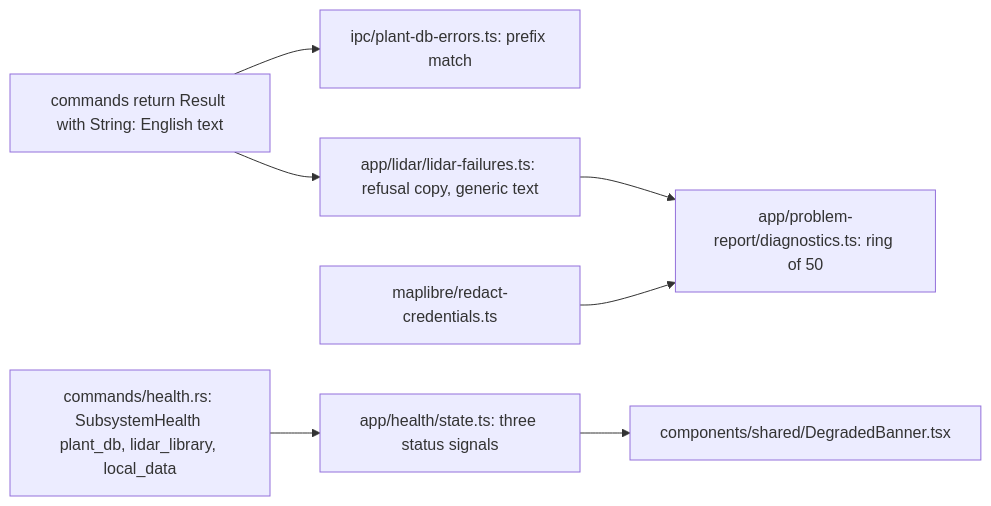
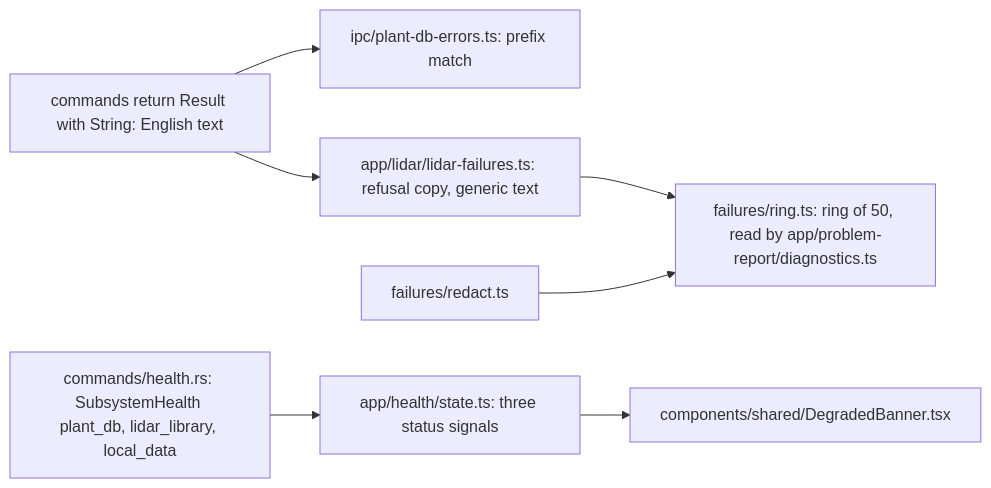
Before and after one commit to opencanopi/canopi: the ninth of 10 diagrams in docs/architecture/data-services.md, drawn with Mermaid. The commit also changed 38 other files, not shown here.

````diff
--- a/docs/architecture/data-services.md
+++ b/docs/architecture/data-services.md
@@ -317,17 +317,17 @@
 ```mermaid
 flowchart LR
   STR[commands return Result with String: English text]
   PDB[ipc/plant-db-errors.ts: prefix match]
   LF[app/lidar/lidar-failures.ts: refusal copy, generic text]
-  DIAG[app/problem-report/diagnostics.ts: ring of 50]
-  RED[maplibre/redact-credentials.ts]
+  DIAG[failures/ring.ts: ring of 50, read by app/problem-report/diagnostics.ts]
+  RED[failures/redact.ts]
   HS[commands/health.rs: SubsystemHealth plant_db, lidar_library, local_data]
   HST[app/health/state.ts: three status signals]
   BAN[components/shared/DegradedBanner.tsx]
   STR --> PDB
   STR --> LF
   LF --> DIAG
   RED --> DIAG
   HS --> HST
   HST --> BAN
 ```
````
